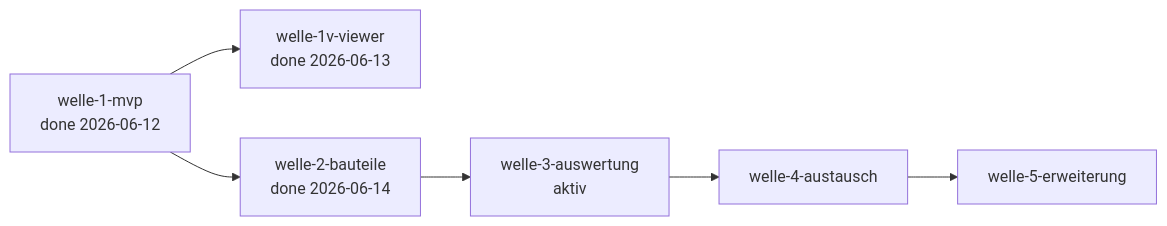
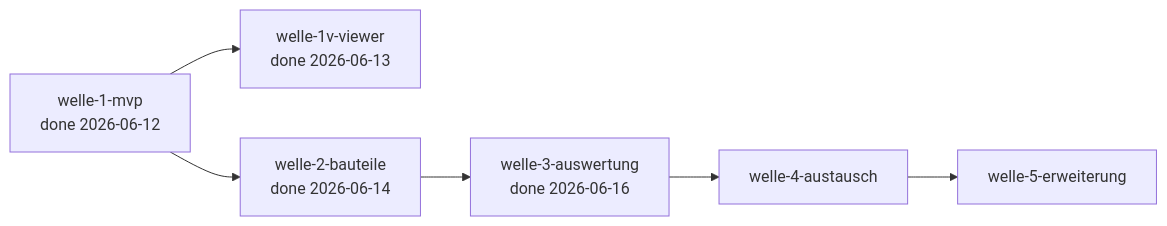
The diagram in docs/plan/planning/in-progress/roadmap.md (pt9912/b-cad), drawn with Mermaid before and after one commit. The commit also changed other lines of this file and 4 other files, not shown here.

First line of the commit message:
docs(plan): welle-3-auswertung Closure — Meilenstein M3 erreicht

````diff
--- a/docs/plan/planning/in-progress/roadmap.md
+++ b/docs/plan/planning/in-progress/roadmap.md
@@ -120,12 +43,12 @@
 ```mermaid
 flowchart LR
     W1[welle-1-mvp<br/>done 2026-06-12]
     W1V[welle-1v-viewer<br/>done 2026-06-13]
     W2[welle-2-bauteile<br/>done 2026-06-14]
-    W3[welle-3-auswertung<br/>aktiv]
+    W3[welle-3-auswertung<br/>done 2026-06-16]
     W4[welle-4-austausch]
     W5[welle-5-erweiterung]
 
     W1 --> W1V
     W1 --> W2 --> W3 --> W4 --> W5
 ```
````
